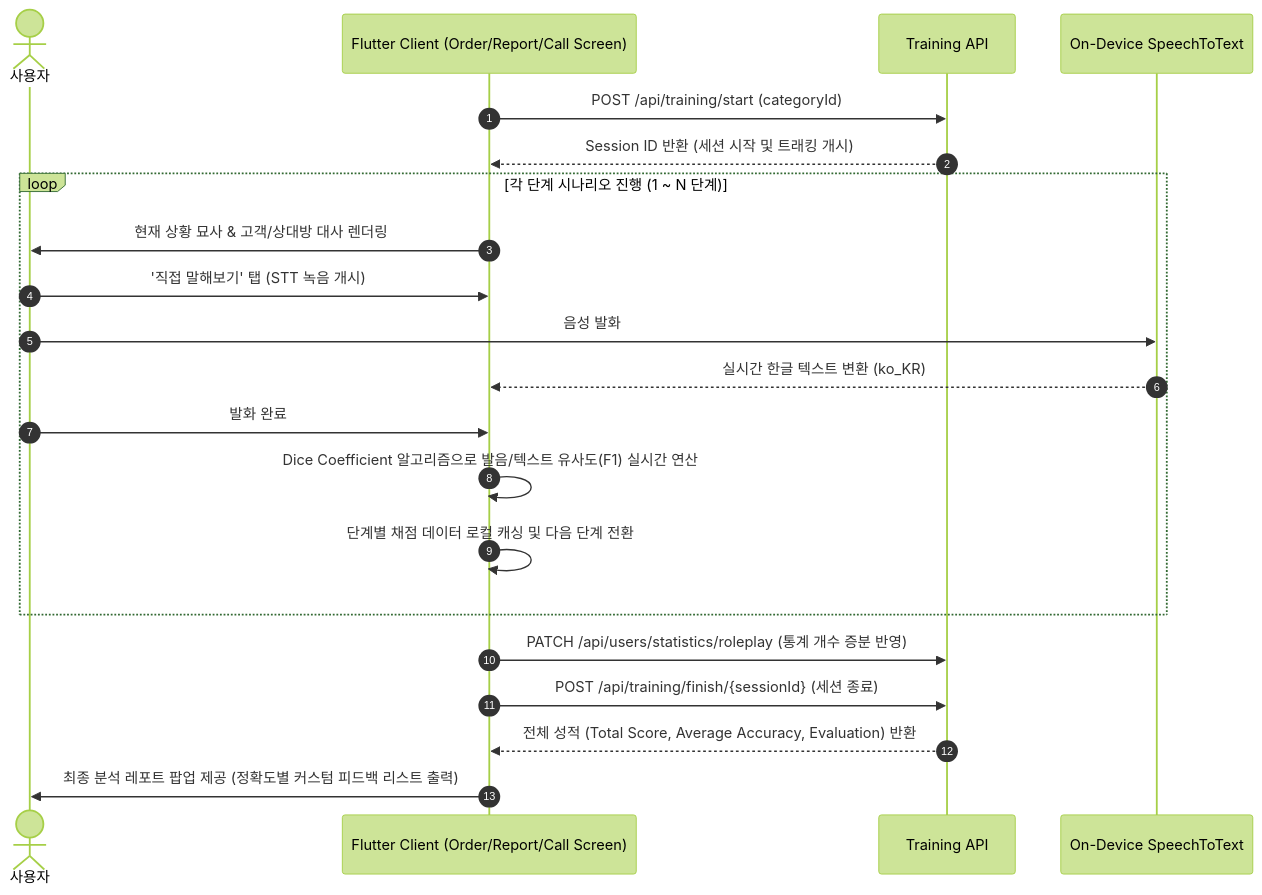
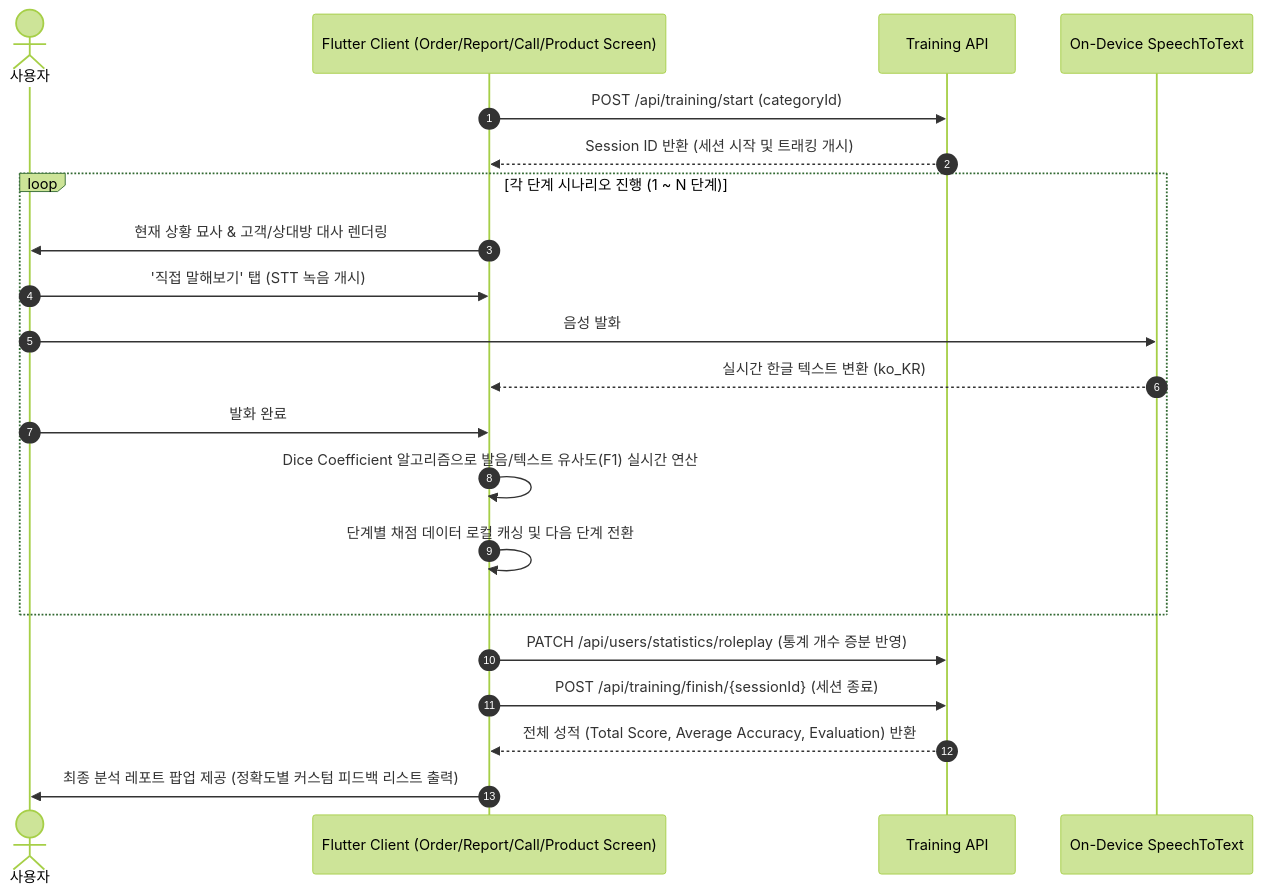
One commit to Malbit-Official/malbit_frontend changed the second of 2 diagrams in README.md. Above: the diagram before and after it, drawn with Mermaid (forest theme). The commit also changed other lines of this file, not shown here.

````diff
--- a/README.md
+++ b/README.md
@@ -36,24 +36,24 @@
 ```mermaid
 sequenceDiagram
     autonumber
     actor User as 사용자
-    participant App as Flutter Client (Order/Report/Call Screen)
+    participant App as Flutter Client (Order/Report/Call/Product Screen)
     participant API as Training API
     participant STT as On-Device SpeechToText
 
     App->>API: POST /api/training/start (categoryId)
     API-->>App: Session ID 반환 (세션 시작 및 트래킹 개시)
     loop 각 단계 시나리오 진행 (1 ~ N 단계)
         App->>User: 현재 상황 묘사 & 고객/상대방 대사 렌더링
         User->>App: '직접 말해보기' 탭 (STT 녹음 개시)
         User->>STT: 음성 발화
         STT-->>App: 실시간 한글 텍스트 변환 (ko_KR)
         User->>App: 발화 완료
         App->>App: Dice Coefficient 알고리즘으로 발음/텍스트 유사도(F1) 실시간 연산
         App->>App: 단계별 채점 데이터 로컬 캐싱 및 다음 단계 전환
     end
     App->>API: PATCH /api/users/statistics/roleplay (통계 개수 증분 반영)
     App->>API: POST /api/training/finish/{sessionId} (세션 종료)
     API-->>App: 전체 성적 (Total Score, Average Accuracy, Evaluation) 반환
     App->>User: 최종 분석 레포트 팝업 제공 (정확도별 커스텀 피드백 리스트 출력)
 ```
````
